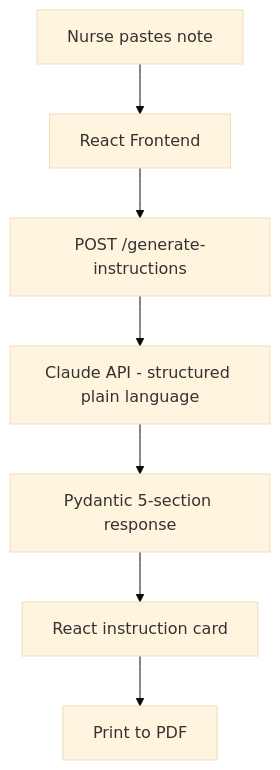
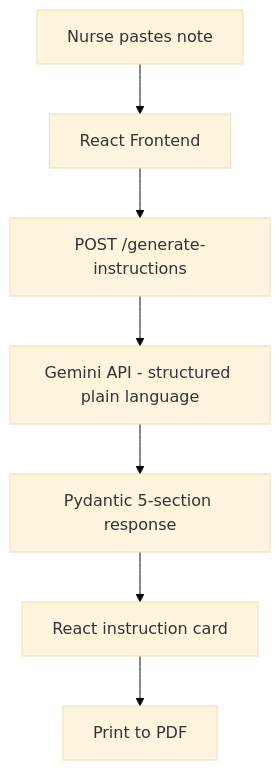
The diagram in Patient-Discharge-Instruction-Generator/README.md (AshokMamidi477/GenAI-Projects), drawn with Mermaid (base theme) before and after one commit. The commit also changed other lines of this file, not shown here.

````diff
--- a/Patient-Discharge-Instruction-Generator/README.md
+++ b/Patient-Discharge-Instruction-Generator/README.md
@@ -19,9 +19,9 @@
 ```mermaid
 graph TD
     A[Nurse pastes note] --> B[React Frontend]
     B --> C[POST /generate-instructions]
-    C --> D[Claude API - structured plain language]
+    C --> D[Gemini API - structured plain language]
     D --> E[Pydantic 5-section response]
     E --> F[React instruction card]
     F --> G[Print to PDF]
 ```
````
